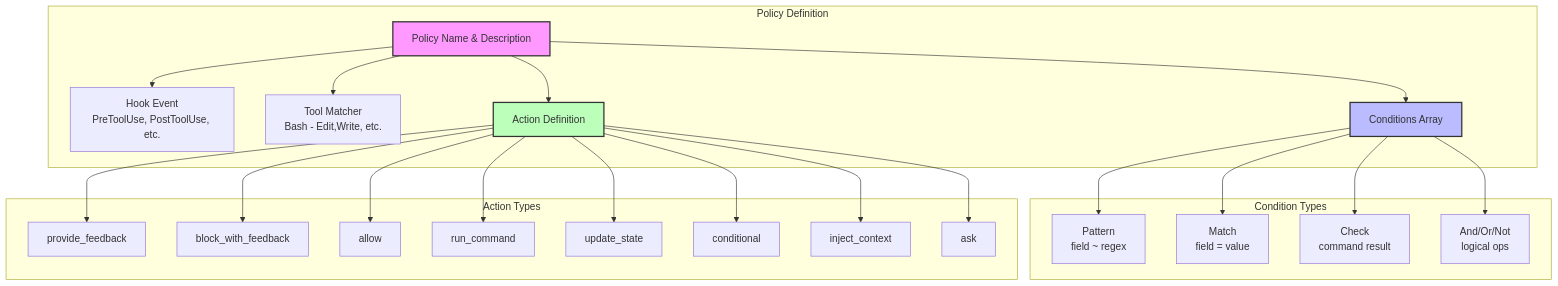
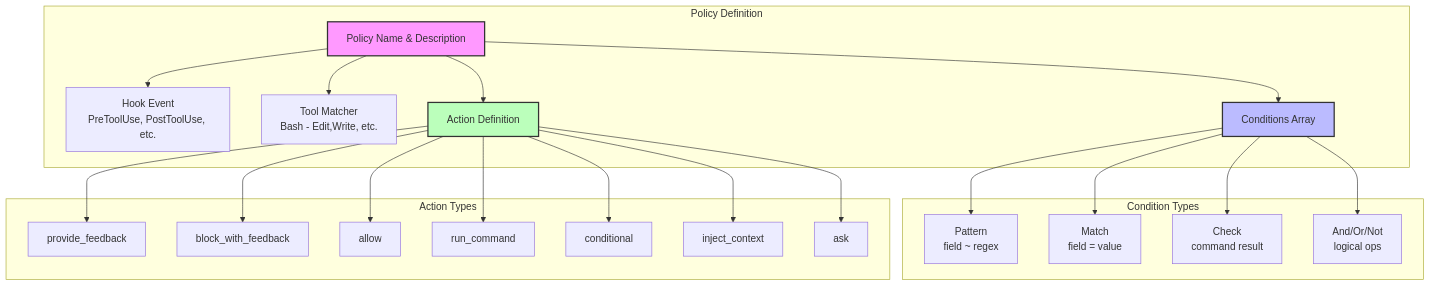
One commit to eqtylab/cupcake changed the fifth of 5 diagrams in docs/conditions-and-actions.md. Above: the diagram before and after it, drawn with Mermaid. The commit also changed other lines of this file and 42 other files, not shown here.

````diff
--- a/docs/conditions-and-actions.md
+++ b/docs/conditions-and-actions.md
@@ -178,32 +174,31 @@
 ```mermaid
 graph TD
     subgraph "Policy Definition"
         Policy[Policy Name & Description]
         Policy --> Event[Hook Event<br/>PreToolUse, PostToolUse, etc.]
         Policy --> Matcher[Tool Matcher<br/>Bash - Edit,Write, etc.]
         Policy --> Conditions[Conditions Array]
         Policy --> Action[Action Definition]
     end
 
     subgraph "Condition Types"
         Conditions --> C1[Pattern<br/>field ~ regex]
         Conditions --> C2[Match<br/>field = value]
         Conditions --> C3[Check<br/>command result]
         Conditions --> C4[And/Or/Not<br/>logical ops]
     end
 
     subgraph "Action Types"
         Action --> A1[provide_feedback]
         Action --> A2[block_with_feedback]
         Action --> A3[allow]
         Action --> A4[run_command]
-        Action --> A5[update_state]
-        Action --> A6[conditional]
-        Action --> A7[inject_context]
-        Action --> A8[ask]
+        Action --> A5[conditional]
+        Action --> A6[inject_context]
+        Action --> A7[ask]
     end
 
     style Policy fill:#f9f,stroke:#333,stroke-width:2px
     style Conditions fill:#bbf,stroke:#333,stroke-width:2px
     style Action fill:#bfb,stroke:#333,stroke-width:2px
 ```
````
